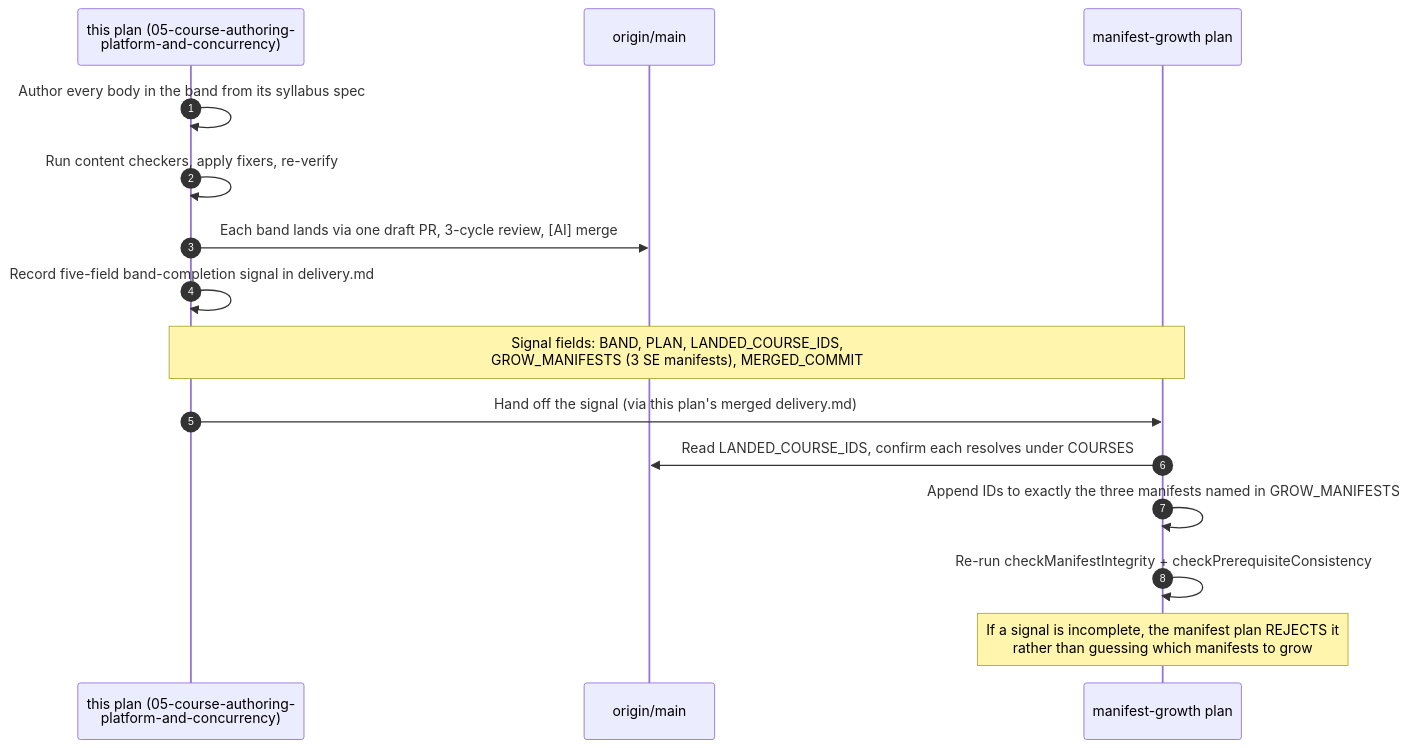
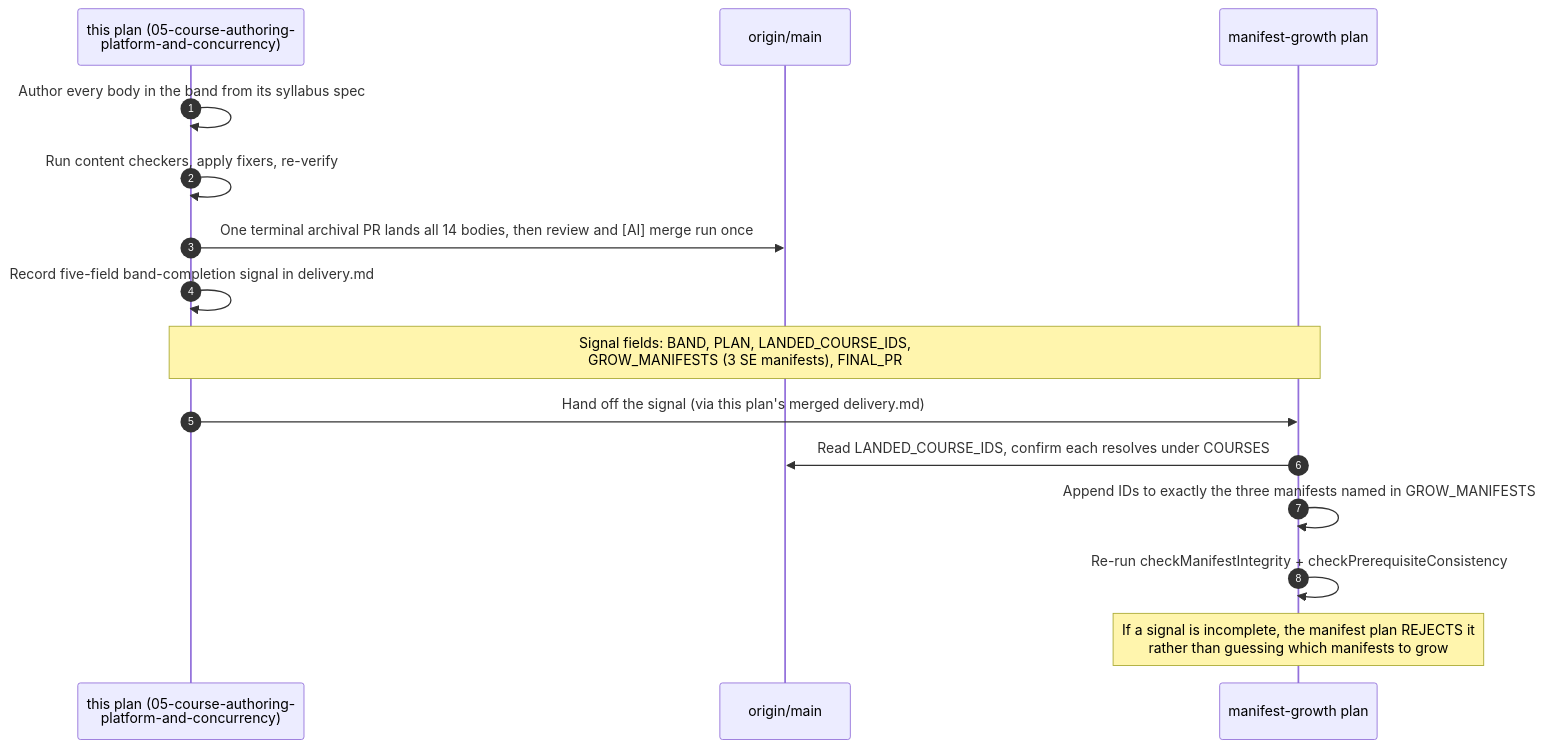
The third of 4 diagrams in plans/backlog/ayokoding-learning-path-05-course-authoring-platform-and-concurrency/tech-docs.md (wahidyankf/open-sharia-fintech), drawn with Mermaid before and after one commit. The commit also changed other lines of this file and 49 other files, not shown here.

````diff
--- a/plans/backlog/ayokoding-learning-path-05-course-authoring-platform-and-concurrency/tech-docs.md
+++ b/plans/backlog/ayokoding-learning-path-05-course-authoring-platform-and-concurrency/tech-docs.md
@@ -198,19 +198,19 @@
 ```mermaid
 %% Order of operations when a band lands.
 sequenceDiagram
     autonumber
     participant CA as this plan (05-course-authoring-<br/>platform-and-concurrency)
     participant Main as origin/main
     participant MF as manifest-growth plan
 
     CA->>CA: Author every body in the band from its syllabus spec
     CA->>CA: Run content checkers, apply fixers, re-verify
-    CA->>Main: Each band lands via one draft PR, 3-cycle review, [AI] merge
+    CA->>Main: One terminal archival PR lands all 14 bodies, then review and [AI] merge run once
     CA->>CA: Record five-field band-completion signal in delivery.md
-    Note over CA,MF: Signal fields: BAND, PLAN, LANDED_COURSE_IDS,<br/>GROW_MANIFESTS (3 SE manifests), MERGED_COMMIT
+    Note over CA,MF: Signal fields: BAND, PLAN, LANDED_COURSE_IDS,<br/>GROW_MANIFESTS (3 SE manifests), FINAL_PR
     CA->>MF: Hand off the signal (via this plan's merged delivery.md)
     MF->>Main: Read LANDED_COURSE_IDS, confirm each resolves under COURSES
     MF->>MF: Append IDs to exactly the three manifests named in GROW_MANIFESTS
     MF->>MF: Re-run checkManifestIntegrity + checkPrerequisiteConsistency
     Note over MF: If a signal is incomplete, the manifest plan REJECTS it<br/>rather than guessing which manifests to grow
 ```
````
